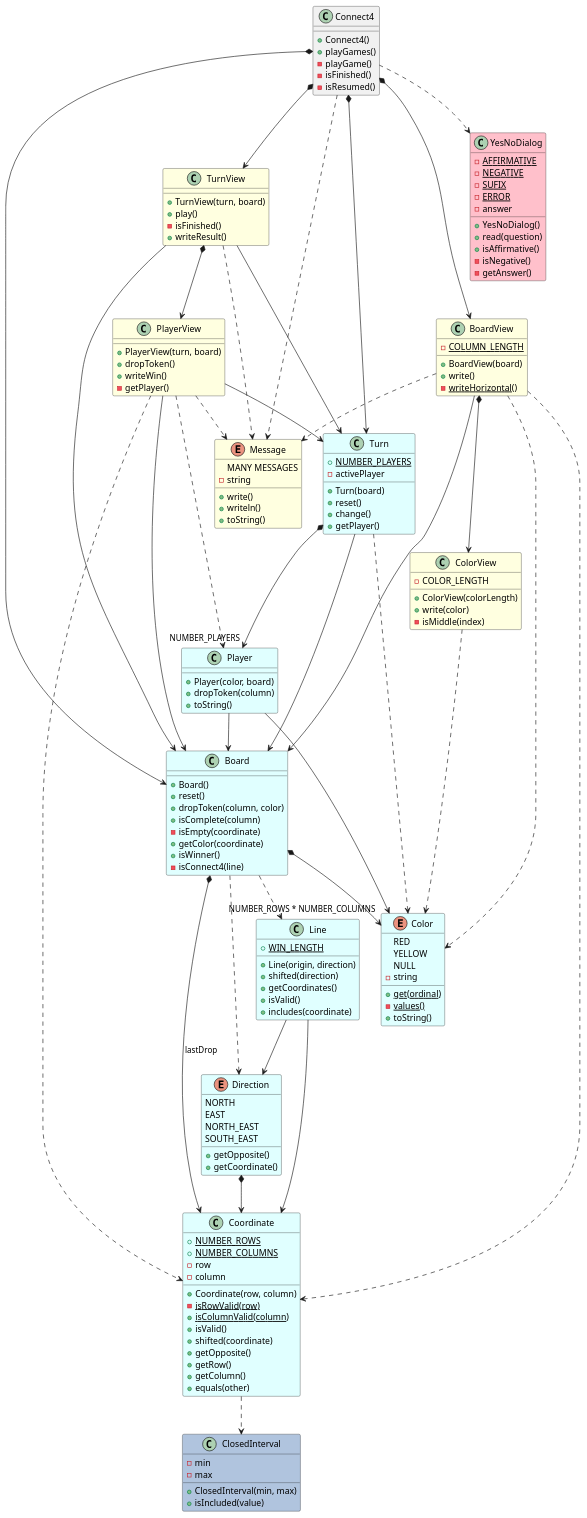
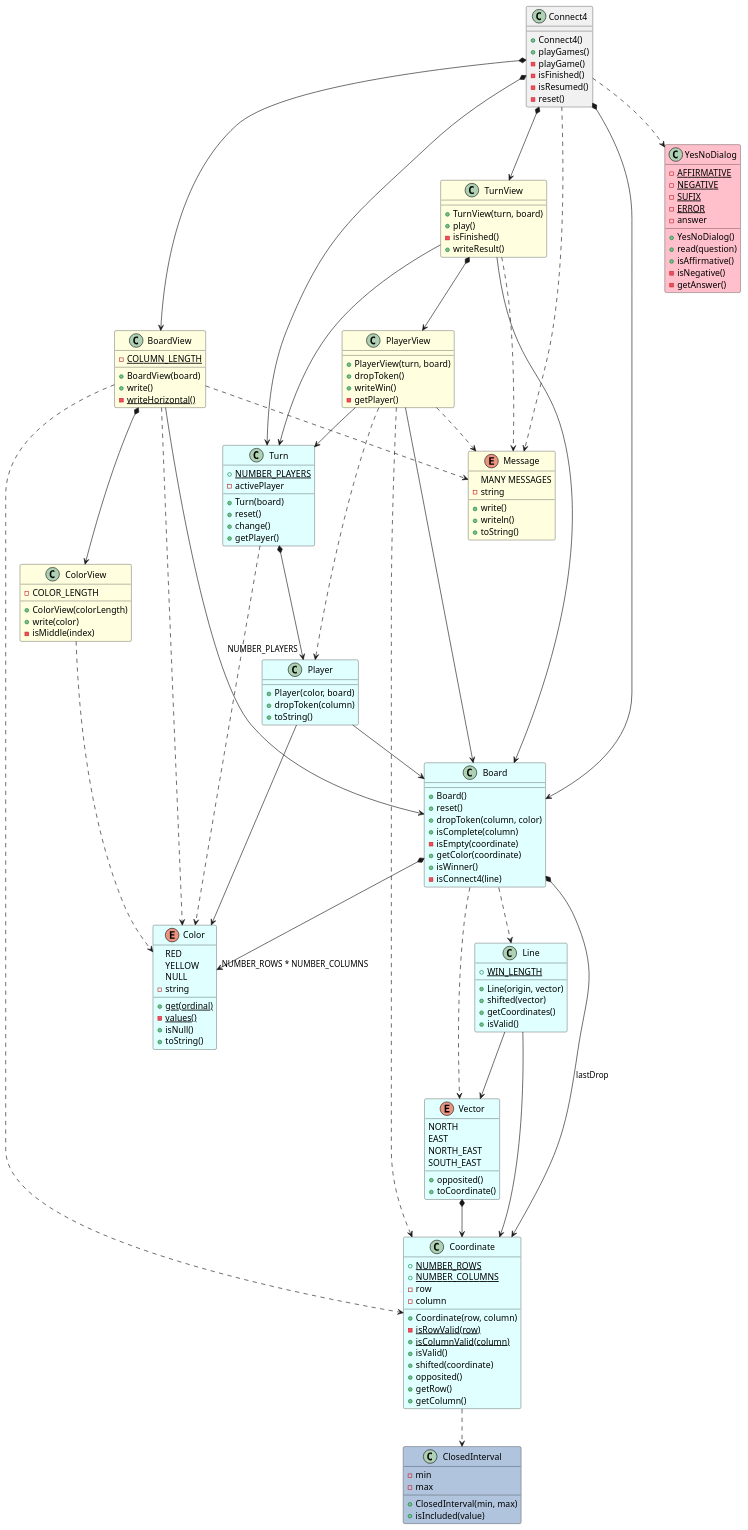
One commit to PabloMartinFluvia/myGame-connect4 changed the diagram in docs/dev-resume/src/analysis.plantuml. Above: the diagram before and after it, drawn with PlantUML. The commit also changed 3 other files, not shown here.

```diff
--- a/docs/dev-resume/src/analysis.plantuml
+++ b/docs/dev-resume/src/analysis.plantuml
@@ -1,186 +1,185 @@
 @startuml analysis
 
 class Connect4 {
     
     + Connect4()
     + playGames()
     - playGame()
     - isFinished()
     - isResumed()
+    - reset()
 }
 Connect4 *--> Board
 Connect4 *--> Turn
 Connect4 *--> BoardView
 Connect4 *--> TurnView
 Connect4 ..> Message
 Connect4 ..> YesNoDialog
 
 class YesNoDialog #Pink {
     - {static} AFFIRMATIVE
     - {static} NEGATIVE
     - {static} SUFIX
     - {static} ERROR
     - answer
 
     + YesNoDialog()
     + read(question)
     + isAffirmative()
     - isNegative()
     - getAnswer()
 }
 
 class BoardView #LightYellow {
     - {static} COLUMN_LENGTH    
 
     + BoardView(board)
     + write()
     - {static} writeHorizontal()
 }
 BoardView --> Board
 BoardView *--> ColorView
 BoardView ..> Coordinate
 BoardView ..> Message
 BoardView ..> Color
 
 class ColorView #LightYellow {
     - COLOR_LENGTH
 
     + ColorView(colorLength)
     + write(color)
     - isMiddle(index)
 }
 ColorView ..> Color
 
 class TurnView #LightYellow {
 
     + TurnView(turn, board)
     + play()
     - isFinished()
     + writeResult()
 }
 TurnView --> Turn
 TurnView --> Board
 TurnView *--> PlayerView
 TurnView ..> Message
 
 class PlayerView #LightYellow {
 
     + PlayerView(turn, board)    
     + dropToken()
     + writeWin()
     - getPlayer()
 }
 PlayerView --> Turn
 PlayerView --> Board
 PlayerView ..> Player
 PlayerView ..> Message
 PlayerView ..> Coordinate
 
 enum Message #LightYellow {
     MANY MESSAGES
     - string
 
     + write()
     + writeln()
     + toString()
 }
 
 class Turn #LightCyan {
     + {static} NUMBER_PLAYERS
     - activePlayer
 
     + Turn(board)
     + reset()
     + change()   
     + getPlayer() 
 }
 Turn *--> "NUMBER_PLAYERS" Player
-Turn --> Board
 Turn ..> Color
 
 class Player #LightCyan {
 
     + Player(color, board)
     + dropToken(column)
     + toString()
 }
 Player --> Color
 Player --> Board
 
 class Board #LightCyan {
 
     + Board()
     + reset()
     + dropToken(column, color)
     + isComplete(column)
     - isEmpty(coordinate)
     + getColor(coordinate)
     + isWinner()
     - isConnect4(line)
 }
 Board *--> Coordinate : lastDrop
 Board *--> "NUMBER_ROWS * NUMBER_COLUMNS" Color
-Board ..> Direction
+Board ..> Vector
 Board ..> Line
 
 class Line #LightCyan {
     + {static} WIN_LENGTH
 
-    + Line(origin, direction)
-    + shifted(direction)
+    + Line(origin, vector)
+    + shifted(vector)
     + getCoordinates()
     + isValid()
-    + includes(coordinate)
 }
 Line --> Coordinate
-Line --> Direction
+Line --> Vector
 
-enum Direction #LightCyan {
+enum Vector #LightCyan {
     NORTH
     EAST
     NORTH_EAST
     SOUTH_EAST
 
-    + getOpposite()
-    + getCoordinate()
+    + opposited()
+    + toCoordinate()
 }
-Direction *--> Coordinate
+Vector *--> Coordinate
 
 class Coordinate #LightCyan {
     + {static} NUMBER_ROWS
     + {static} NUMBER_COLUMNS
     - row
     - column
 
     + Coordinate(row, column)
     - {static} isRowValid(row)
     + {static} isColumnValid(column)
     + isValid()
     + shifted(coordinate)
-    + getOpposite()
+    + opposited()
     + getRow()
     + getColumn()
-    + equals(other)
 }
 Coordinate ..> ClosedInterval
 
 enum Color #LightCyan {
     RED
     YELLOW
     NULL
     - string
 
     + {static} get(ordinal)
     - {static} values()
+    + isNull()
     + toString()
 }
 
 class ClosedInterval #LightSteelBlue {
     - min
     - max
 
     + ClosedInterval(min, max)
     + isIncluded(value)
 }
 
 @enduml
```
